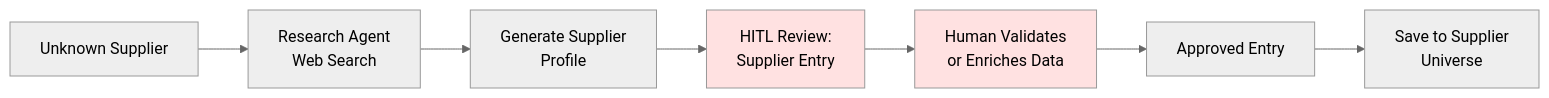
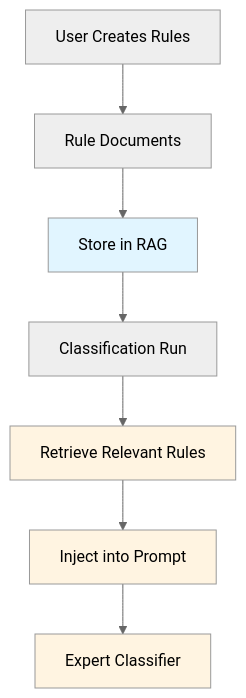
Before and after one commit to prince1823/colab91-ap-agent: the tenth of 11 diagrams in docs/architecture.md, drawn with Mermaid (neutral theme). The commit also changed other lines of this file and 1 other file, not shown here.

````diff
--- a/docs/architecture.md
+++ b/docs/architecture.md
@@ -732,16 +309,14 @@
 ```mermaid
-flowchart LR
-    A[Unknown Supplier] --> B[Research Agent<br/>Web Search]
+flowchart TB
+    A[User Creates Rules] --> B[Rule Documents]
+    B --> C[Store in RAG]
+    C --> D[Classification Run]
+    D --> E[Retrieve Relevant Rules]
+    E --> F[Inject into Prompt]
+    F --> G[Expert Classifier]
     
-    B --> C[Generate Supplier<br/>Profile]
-    
-    C --> D[HITL Review:<br/>Supplier Entry]
-    
-    D --> E[Human Validates<br/>or Enriches Data]
-    
-    E --> F[Approved Entry]
-    F --> G[Save to Supplier<br/>Universe]
-    
-    style D fill:#ffe1e1
-    style E fill:#ffe1e1
+    style C fill:#e1f5ff
+    style E fill:#fff4e1
+    style F fill:#fff4e1
+    style G fill:#fff4e1
 ```
````
